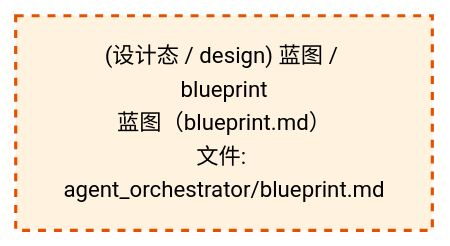
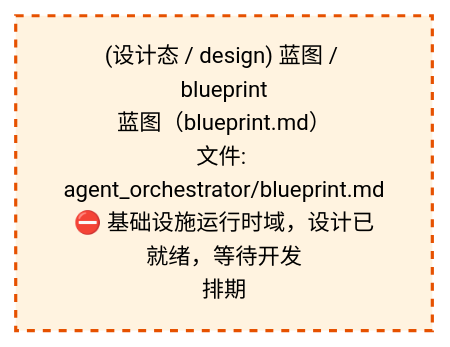
The third of 4 diagrams in docs/02_enterprise_architecture/02_domain_architecture_docs/06_d_infra_runtime.md (xuanFelixVan/ZephyrAlpha), drawn with Mermaid before and after one commit. The commit also changed other lines of this file and 59 other files, not shown here.

````diff
--- a/docs/02_enterprise_architecture/02_domain_architecture_docs/06_d_infra_runtime.md
+++ b/docs/02_enterprise_architecture/02_domain_architecture_docs/06_d_infra_runtime.md
@@ -1046,10 +1046,10 @@
 ```mermaid
 %%{init: {'theme': 'base', 'themeVariables': {'primaryColor': '#eaeaea', 'primaryTextColor': '#333333', 'primaryBorderColor': '#666666', 'lineColor': '#666666', 'secondaryColor': '#eaeaea', 'tertiaryColor': '#eaeaea', 'fontSize': '14px'}}}%%
 flowchart TD
-    docs_03_modules_cross_layer_agent_orchestrator_blueprint_md["(设计态 / design) 蓝图 / blueprint<br/>蓝图（blueprint.md）<br/>文件: agent_orchestrator/blueprint.md"]
+    docs_03_modules_cross_layer_agent_orchestrator_blueprint_md["(设计态 / design) 蓝图 / blueprint<br/>蓝图（blueprint.md）<br/>文件: agent_orchestrator/blueprint.md<br/>⛔ 基础设施运行时域，设计已就绪，等待开发<br/>排期"]
     classDef production fill:#e1f5fe,stroke:#01579b,stroke-width:2px,color:#000
     classDef design fill:#fff3e0,stroke:#e65100,stroke-width:2px,color:#000,stroke-dasharray: 5 5
     classDef external_prod fill:#e8f4fd,stroke:#0277bd,stroke-width:1px,color:#000
     classDef external_design fill:#fff8e7,stroke:#ef6c00,stroke-width:1px,color:#000,stroke-dasharray: 5 5
     class docs_03_modules_cross_layer_agent_orchestrator_blueprint_md design
 ```
````
